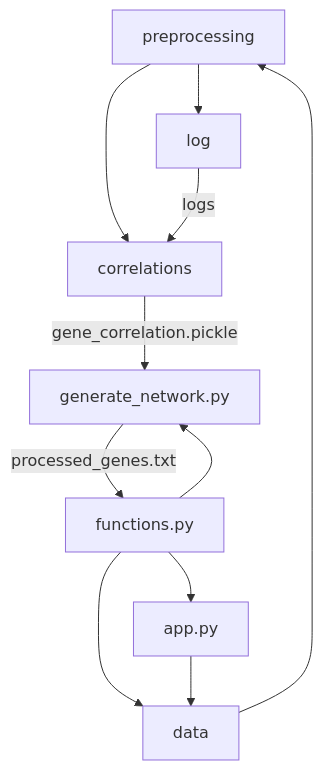
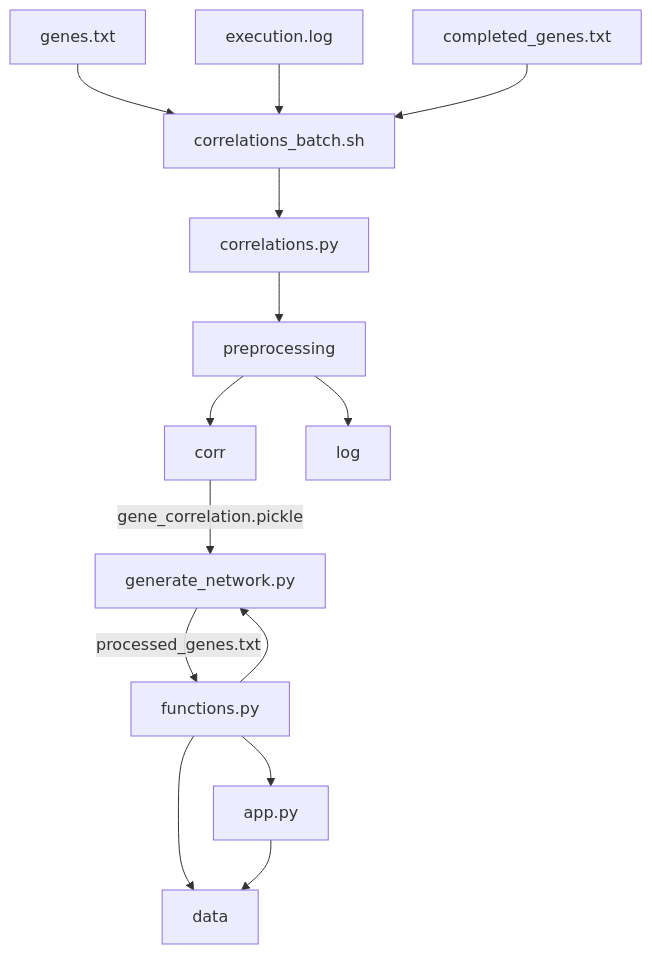
Before and after one commit to ntmaseras/GeneInteractionApp: the diagram in README.md, drawn with Mermaid.

````diff
--- a/README.md
+++ b/README.md
@@ -2,20 +2,28 @@
 ```mermaid
 graph TD;
+    genes[genes.txt]
+    log1[execution.log]
+    log2[completed_genes.txt]
     preprocess[preprocessing]
-    app[app.py]
-    corr[correlations]
+    corrPy[correlations.py]
+    corrSh[correlations_batch.sh]
     data[data]
     function[functions.py]
     net[generate_network.py]
+    app[app.py]
 
-    data-->preprocess
+    genes-->corrSh
+    log1-->corrSh
+    log2-->corrSh
+    corrSh-->corrPy
+    corrPy-->preprocess
     preprocess-->corr
     preprocess-->log
-    log-- logs -->
     corr-- gene_correlation.pickle -->
     net-- processed_genes.txt -->
     function-->app
     function-->net
     function-->data
     app-->data
+
 ```
````
